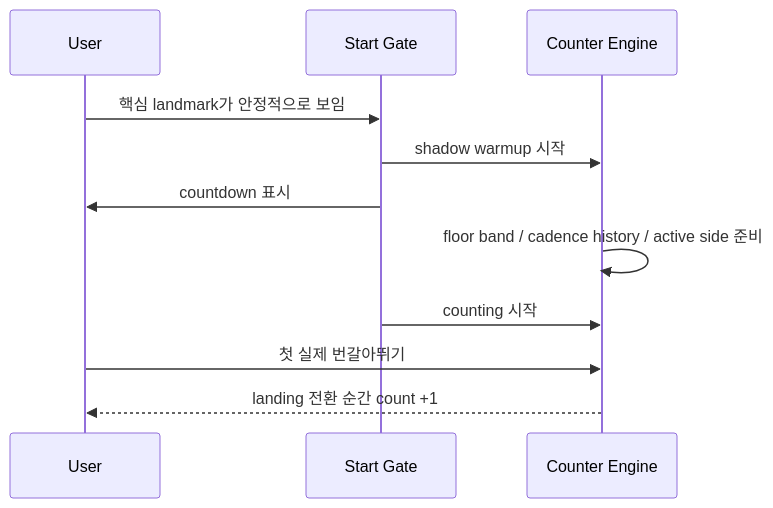
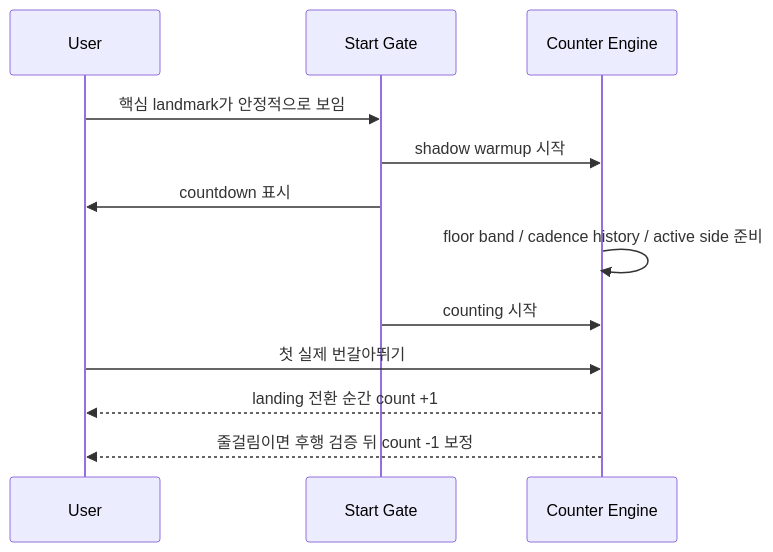
One commit to Hooneybadger/jump-rope-detector changed the sixth of 6 diagrams in alternating_jump/README.md. Above: the diagram before and after it, drawn with Mermaid. The commit also changed other lines of this file and 10 other files, not shown here.

````diff
--- a/alternating_jump/README.md
+++ b/alternating_jump/README.md
@@ -227,14 +251,15 @@
 ```mermaid
 sequenceDiagram
     participant U as User
     participant G as Start Gate
     participant E as Counter Engine
 
     U->>G: 핵심 landmark가 안정적으로 보임
     G->>E: shadow warmup 시작
     G->>U: countdown 표시
     E->>E: floor band / cadence history / active side 준비
     G->>E: counting 시작
     U->>E: 첫 실제 번갈아뛰기
     E-->>U: landing 전환 순간 count +1
+    E-->>U: 줄걸림이면 후행 검증 뒤 count -1 보정
 ```
````
